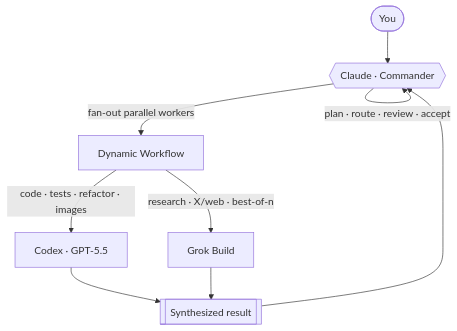
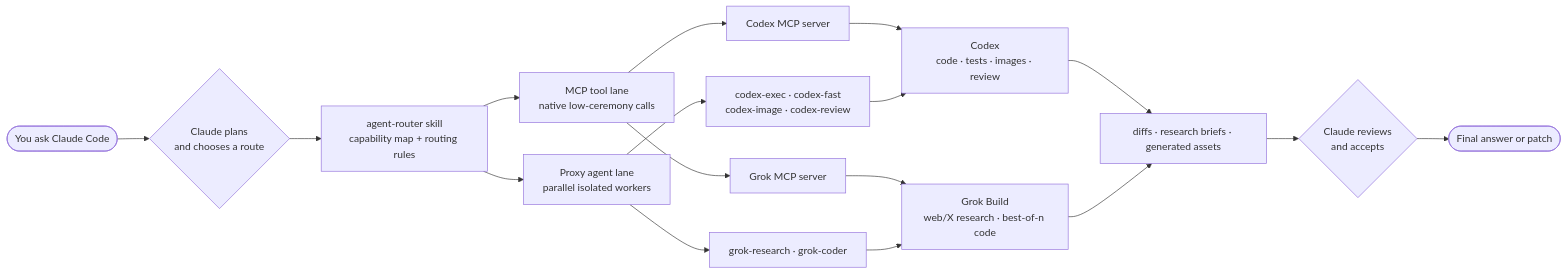
One commit to DwDestiny/claude-multiengine-router changed the diagram in README.md. Above: the diagram before and after it, drawn with Mermaid. The commit also changed other lines of this file and 7 other files, not shown here.

Commit message:
docs: 重做 README 架构图与角色图

````diff
--- a/README.md
+++ b/README.md
@@ -43,11 +43,23 @@
 ```mermaid
-flowchart TD
-    U([You]) --> C{{Claude · Commander}}
-    C -->|plan · route · review · accept| C
-    C -->|fan-out parallel workers| W[Dynamic Workflow]
-    W -->|code · tests · refactor · images| CX[Codex · GPT-5.5]
-    W -->|research · X/web · best-of-n| GK[Grok Build]
-    CX --> R[[Synthesized result]]
+flowchart LR
+    U([You ask Claude Code]) --> C{Claude plans<br/>and chooses a route}
+
+    C --> S[agent-router skill<br/>capability map + routing rules]
+    S --> M[MCP tool lane<br/>native low-ceremony calls]
+    S --> A[Proxy agent lane<br/>parallel isolated workers]
+
+    M --> CM[Codex MCP server]
+    M --> GM[Grok MCP server]
+    A --> CA[codex-exec · codex-fast<br/>codex-image · codex-review]
+    A --> GA[grok-research · grok-coder]
+
+    CM --> CX[Codex<br/>code · tests · images · review]
+    CA --> CX
+    GM --> GK[Grok Build<br/>web/X research · best-of-n code]
+    GA --> GK
+
+    CX --> R[diffs · research briefs · generated assets]
     GK --> R
-    R --> C
+    R --> F{Claude reviews<br/>and accepts}
+    F --> O([Final answer or patch])
 ```
````
